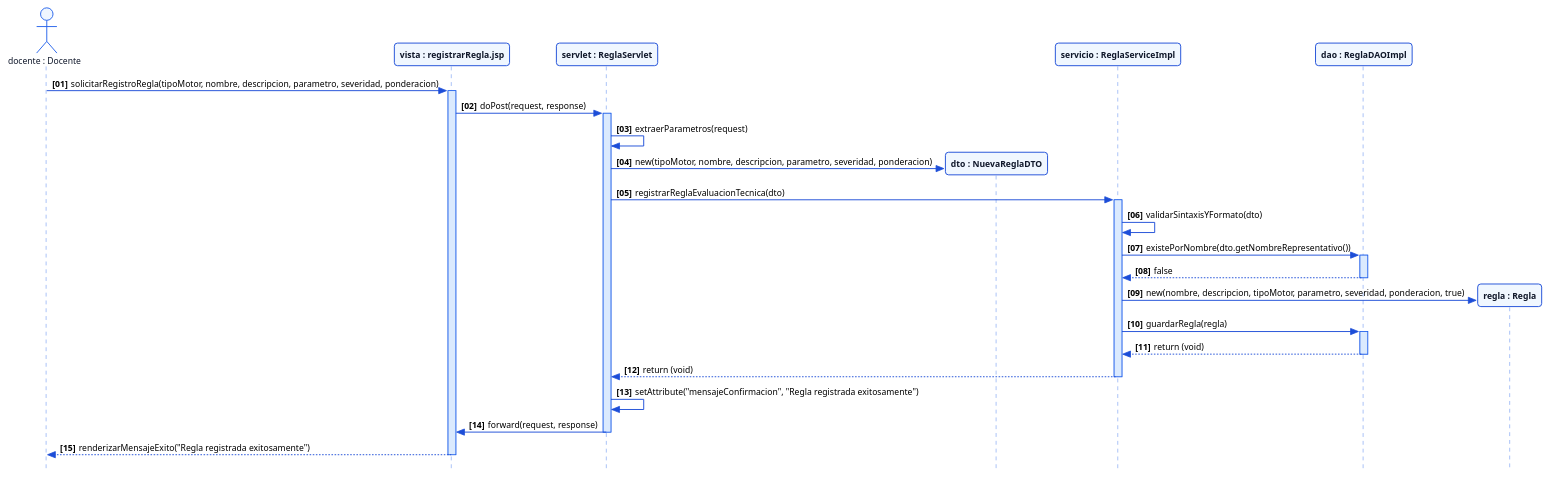
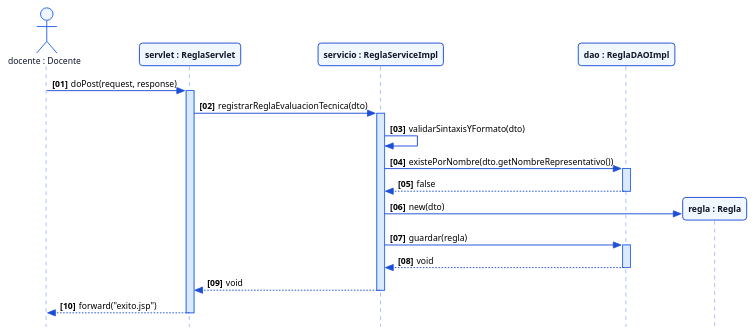
Before and after one commit to ErickBaja05/GR4_1BT3_622_26B: the diagram in docs/incremento1/sequenceDiagrams/cu01-registrarReglaEvaluaciónTécnica.puml, drawn with PlantUML. The commit also changed 4 other files, not shown here.

```diff
--- a/docs/incremento1/sequenceDiagrams/cu01-registrarReglaEvaluaciónTécnica.puml
+++ b/docs/incremento1/sequenceDiagrams/cu01-registrarReglaEvaluaciónTécnica.puml
@@ -1,95 +1,75 @@
 @startuml
 skinparam style strictuml
 skinparam defaultFontName "Segoe UI"
 skinparam defaultFontSize 11
 skinparam roundCorner 8
 skinparam shadowing false
 
 skinparam participant {
     BackgroundColor #F0F7FF
     BorderColor #1D4ED8
     BorderThickness 1.2
     FontColor #0F172A
     FontStyle bold
 }
 
 skinparam actor {
     BackgroundColor #EFF6FF
     BorderColor #2563EB
     BorderThickness 1.2
     FontColor #0F172A
 }
 
 skinparam sequence {
     LifeLineBackgroundColor #DBEAFE
     LifeLineBorderColor #2563EB
     ArrowColor #1D4ED8
     ArrowThickness 1.2
 }
 
 autonumber "<b>[00]</b>"
 
 actor "docente : Docente" as docente
-participant "vista : registrarRegla.jsp" as jsp
 participant "servlet : ReglaServlet" as servlet
-participant "dto : NuevaReglaDTO" as dto
 participant "servicio : ReglaServiceImpl" as service
 participant "dao : ReglaDAOImpl" as dao
 participant "regla : Regla" as regla
 
-' 1. El docente interactúa con la vista
-docente -> jsp : solicitarRegistroRegla(tipoMotor, nombre, descripcion, parametro, severidad, ponderacion)
-activate jsp
-
-' 2. La vista (navegador) envía la petición HTTP al Servlet ejecutando doPost()
-jsp -> servlet : doPost(request, response)
+' 1. El actor envía la petición HTTP al Servlet (Punto de entrada al backend)
+docente -> servlet : doPost(request, response)
 activate servlet
 
-' 3. El Servlet extrae los parámetros de la petición HTTP
-servlet -> servlet : extraerParametros(request)
-
-' 4. El Servlet crea el DTO en memoria
-create dto
-servlet -> dto : new(tipoMotor, nombre, descripcion, parametro, severidad, ponderacion)
-
-' 5. El Servlet invoca el método de negocio del Servicio
+' 2. El Servlet procesa la petición y delega la ejecución de negocio
 servlet -> service : registrarReglaEvaluacionTecnica(dto)
 activate service
 
-' 6. El Servicio ejecuta validaciones internas en memoria
+' 3. El Servicio ejecuta validaciones sintácticas en memoria
 service -> service : validarSintaxisYFormato(dto)
 
-' 7. El Servicio consulta al DAO para verificar unicidad
+' 4. El Servicio consulta al DAO para verificar unicidad
 service -> dao : existePorNombre(dto.getNombreRepresentativo())
 activate dao
 
 dao --> service : false
 deactivate dao
 
-' 8. El Servicio crea la entidad de dominio Regla
+' 5. El Servicio instancia la entidad de dominio Regla
 create regla
-service -> regla : new(nombre, descripcion, tipoMotor, parametro, severidad, ponderacion, true)
+service -> regla : new(dto)
 
-' 9. El Servicio solicita al DAO persistir la entidad mediante Hibernate
-service -> dao : guardarRegla(regla)
+' 6. El Servicio persiste la entidad a través del DAO
+service -> dao : guardar(regla)
 activate dao
 
-dao --> service : return (void)
+dao --> service : void
 deactivate dao
 
-' 10. El Servicio confirma la finalización exitosa al Servlet
-service --> servlet : return (void)
+' 7. El Servicio retorna el control con éxito al Servlet
+service --> servlet : void
 deactivate service
 
-' 11. El Servlet prepara el atributo de sesión/request para el JSP
-servlet -> servlet : setAttribute("mensajeConfirmacion", "Regla registrada exitosamente")
-
-' 12. El Servlet realiza forward a la vista con la respuesta procesada
-servlet -> jsp : forward(request, response)
+' 8. El Servlet redirige o responde al Docente con la vista de confirmación
+servlet --> docente : forward("exito.jsp")
 deactivate servlet
 
-' 13. La vista despliega el resultado final al Docente
-jsp --> docente : renderizarMensajeExito("Regla registrada exitosamente")
-deactivate jsp
-
 @enduml
```
